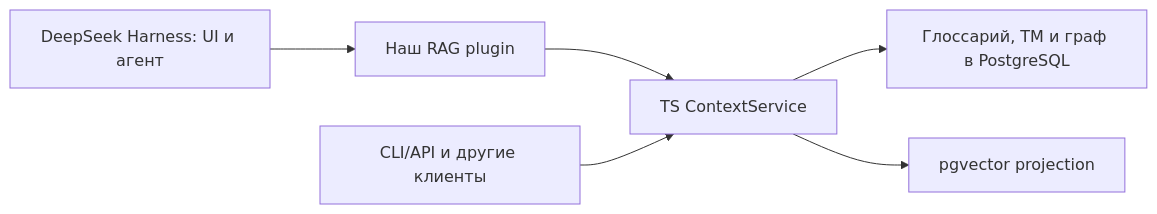
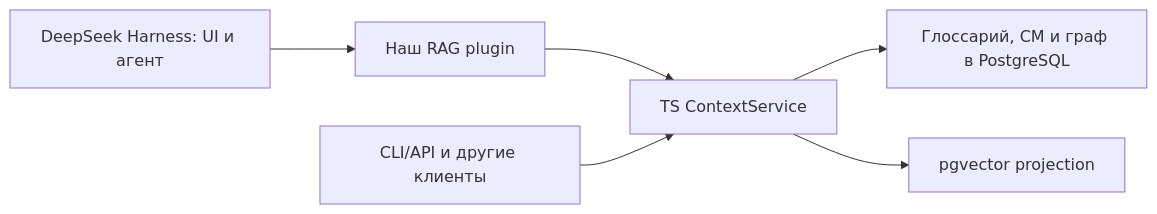
The diagram in research/DEEPSEEK-HARNESS.md (kobubu/Rag-Coding), drawn with Mermaid before and after one commit. The commit also changed other lines of this file and 34 other files, not shown here.

````diff
--- a/research/DEEPSEEK-HARNESS.md
+++ b/research/DEEPSEEK-HARNESS.md
@@ -22,8 +22,8 @@
 ```mermaid
 flowchart LR
     H[DeepSeek Harness: UI и агент] --> P[Наш RAG plugin]
     P --> C[TS ContextService]
     A[CLI/API и другие клиенты] --> C
-    C --> L[Глоссарий, ТМ и граф в PostgreSQL]
+    C --> L[Глоссарий, CM и граф в PostgreSQL]
     C --> V[pgvector projection]
 ```
````
